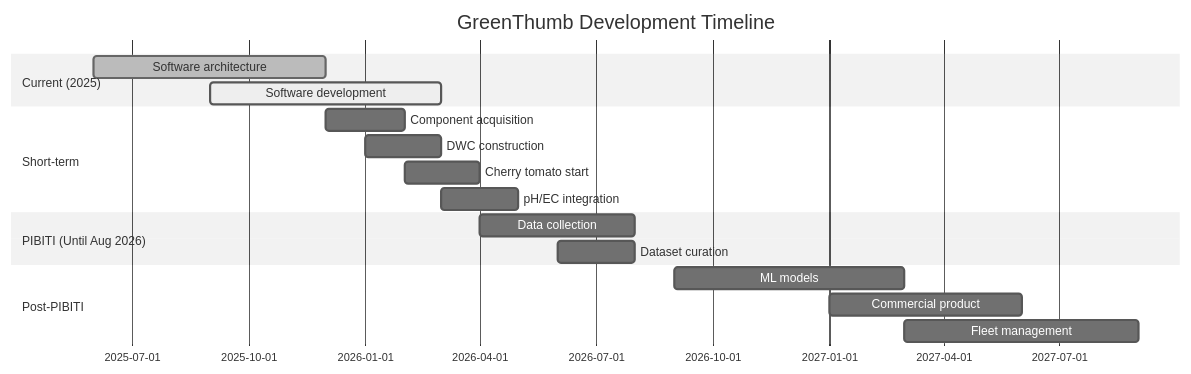
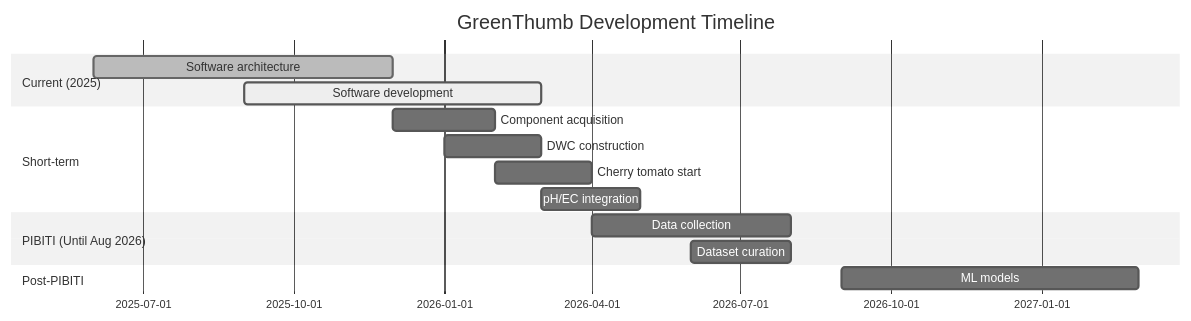
The diagram in docs/summaries/future-work-en.md (GreenThumbProject/docs), drawn with Mermaid (neutral theme) before and after one commit. The commit also changed other lines of this file and 16 other files, not shown here.

````diff
--- a/docs/summaries/future-work-en.md
+++ b/docs/summaries/future-work-en.md
@@ -132,24 +124,22 @@
 ```mermaid
 gantt
     title GreenThumb Development Timeline
     dateFormat YYYY-MM
     
     section Current (2025)
     Software architecture    :done, 2025-06, 2025-12
     Software development     :active, 2025-09, 2026-03
     
     section Short-term
     Component acquisition    :2025-12, 2026-02
     DWC construction        :2026-01, 2026-03
     Cherry tomato start     :2026-02, 2026-04
     pH/EC integration       :2026-03, 2026-05
     
     section PIBITI (Until Aug 2026)
     Data collection         :2026-04, 2026-08
     Dataset curation        :2026-06, 2026-08
     
     section Post-PIBITI
     ML models               :2026-09, 2027-03
-    Commercial product      :2027-01, 2027-06
-    Fleet management        :2027-03, 2027-09
 ```
````
